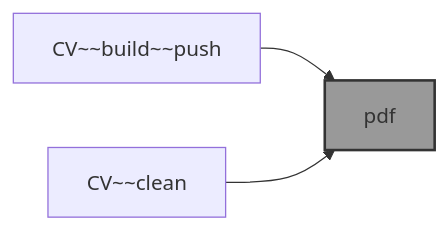
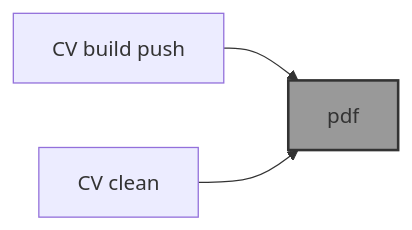
The diagram in README.md (kamangir/CV), drawn with Mermaid before and after one commit. The commit also changed 3 other files, not shown here.

````diff
--- a/README.md
+++ b/README.md
@@ -9,11 +9,11 @@
 ```mermaid
 graph LR
-    build["CV~~build~~push"]
-    clean["CV~~clean"]
+    build["CV build push"]
+    clean["CV clean"]
     CV["pdf"]:::folder
 
     build --> CV
     clean --> CV
 
     classDef folder fill:#999,stroke:#333,stroke-width:2px;
 ```
````
